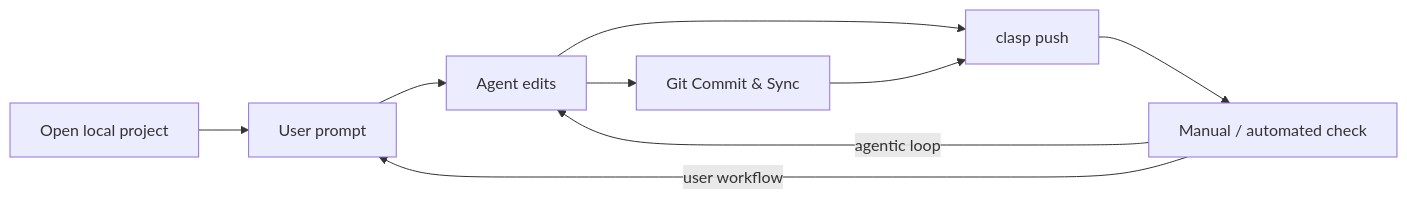
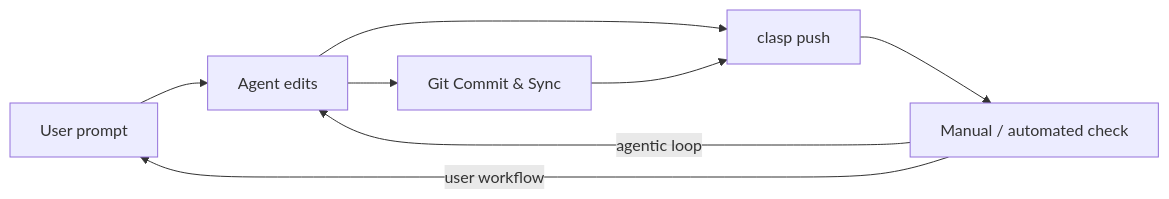
The second of 2 diagrams in agentic/04-apps-script-clasp-sheets.md (3strategy/BeautifulMivney), drawn with Mermaid before and after one commit. The commit also changed 3 other files, not shown here.

Commit message:
finally a css that works all mermaids properly.

````diff
--- a/agentic/04-apps-script-clasp-sheets.md
+++ b/agentic/04-apps-script-clasp-sheets.md
@@ -48,12 +48,11 @@
 ```mermaid
 flowchart LR
-    D["Open local project"]
-    D --> X["User prompt"]
+    X["User prompt"]
     X --> E["Agent edits"]
     E --> F["Git Commit & Sync"]
     E --> G["clasp push"]
     F --> G
     G --> H["Manual / automated check"]
     H --> |agentic loop| E
     H --> |user workflow| X
 ```
````
